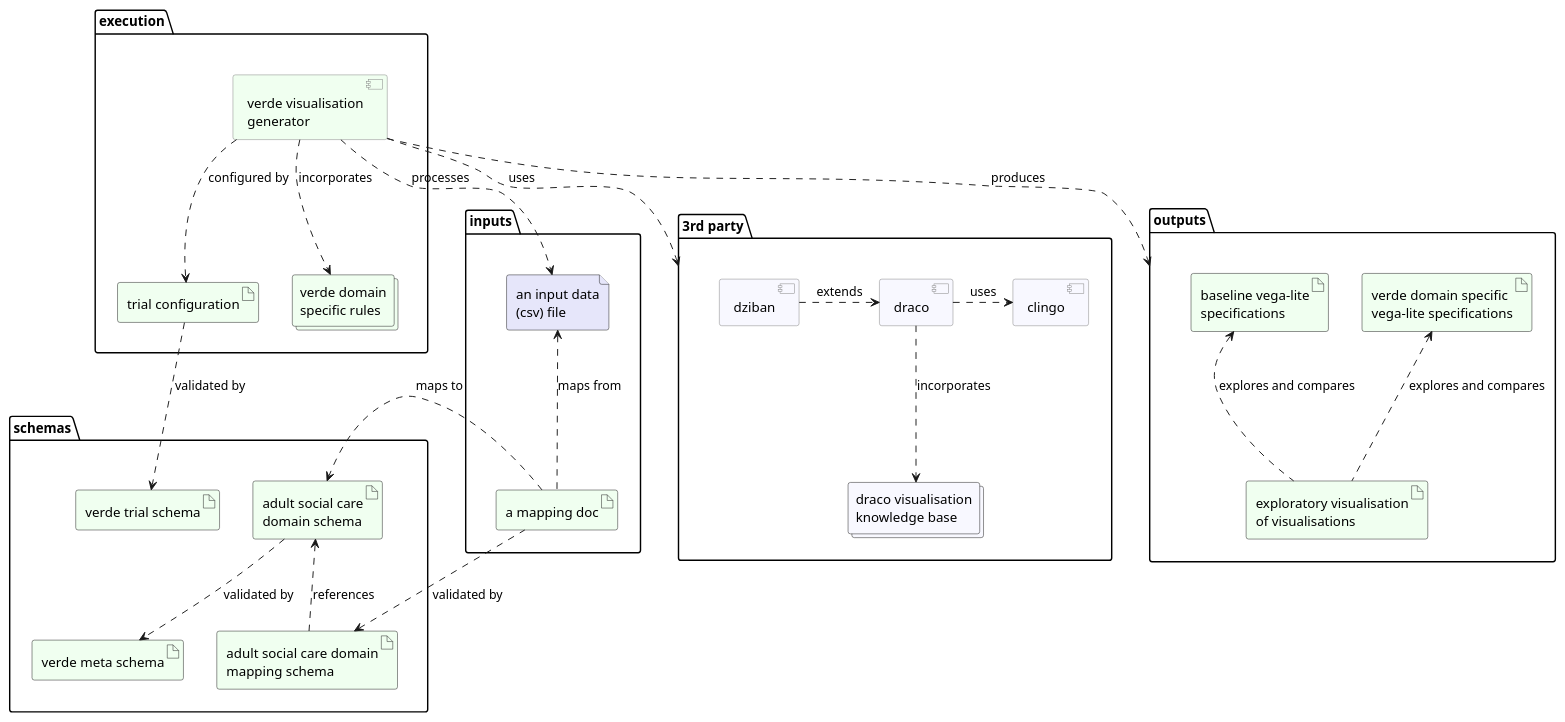
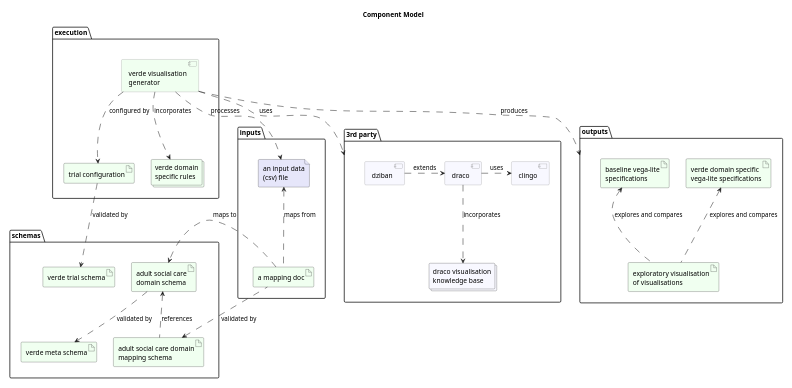
One commit to trubens71/verde changed the diagram in docs/uml/components.puml. Above: the diagram before and after it, drawn with PlantUML. The commit also changed 1 other file, not shown here.

```diff
--- a/docs/uml/components.puml
+++ b/docs/uml/components.puml
@@ -1,63 +1,65 @@
 @startuml
-
+scale 0.5
 skinparam shadowing false
 skinparam ComponentBorderColor gray
 allow_mixing
+
+title Component Model
 
 package "schemas" as schemas{
     artifact "verde trial schema" as trial_schema [[https://github.com/trubens71/verde/blob/master/schemas/verde_trial_schema.json]] #honeydew
     artifact "verde meta schema" as meta_schema [[https://github.com/trubens71/verde/blob/master/schemas/verde_meta_schema.json]] #honeydew
     artifact "adult social care\ndomain schema" as asc_domain_schema [[https://github.com/trubens71/verde/blob/master/schemas/verde_asc_domain_schema.json]] #honeydew
     artifact "adult social care domain\nmapping schema" as asc_mapping_schema [[https://github.com/trubens71/verde/blob/master/schemas/verde_asc_domain_mapping_schema.json]] #honeydew
 }
 
 package "inputs" as inputs {
     file "an input data\n(csv) file" as input_data [[https://github.com/trubens71/verde/blob/master/asc_data/processed/set_01/AFR_T41_region_tidy.csv]] #Lavender
     artifact "a mapping doc" as mapping_doc [[https://github.com/trubens71/verde/blob/master/asc_data/processed/set_01/AFR_T41_region_tidy_mapping.json]] #honeydew
 }
 
 package "outputs" as outputs {
     artifact "baseline vega-lite\nspecifications" as baseline_specs [[https://trubens71.github.io/verde/laboratory/trial_02_ut/regression/vegalite/trial_02_ut.exp_01_view_all_vl.html]] #honeydew
     artifact "verde domain specific\nvega-lite specifications" as verde_specs [[https://trubens71.github.io/verde/laboratory/trial_02_ut/regression/vegalite/trial_02_ut.exp_01_view_all_vl.html]] #honeydew
     artifact "exploratory visualisation\nof visualisations" as exploratory_vis [[https://trubens71.github.io/verde/laboratory/trial_03_ut/regression/vegalite/trial_03_ut.exp_01_view_compare.html]] #honeydew
 }
 
 package "execution" as execution {
     artifact "trial configuration" as trial_config [[https://github.com/trubens71/verde/blob/master/laboratory/example/trial.yaml]] #honeydew
     component [verde visualisation\ngenerator] as verde [[https://github.com/trubens71/verde/tree/master/src]] #honeydew
     collections "verde domain\nspecific rules" as verde_rules [[https://github.com/trubens71/verde/tree/master/asp/verde_rule_templates]] #honeydew
 }
 
 package "3rd party" as third_party {
     component [draco] as draco [[https://github.com/uwdata/draco]] #ghostwhite
     component [clingo] as clingo [[https://github.com/potassco/clingo]] #ghostwhite
     collections "draco visualisation\nknowledge base" as draco_kb [[https://github.com/trubens71/verde/tree/master/asp/draco_base]] #GhostWhite
     component [dziban] as dziban [[https://github.com/uwdata/dziban]] #ghostwhite
 }
 
 inputs .[hidden]d.> execution
 inputs .[hidden]r.> schemas
 execution .[hidden]r.> third_party
 execution .[hidden]d.> outputs
 
 asc_domain_schema .down.> meta_schema : validated by
 trial_config .down.> trial_schema : validated by
 mapping_doc .left.> asc_mapping_schema : validated by
 asc_mapping_schema .up.> asc_domain_schema : references
 mapping_doc ..> asc_domain_schema : maps to
 mapping_doc .up.> input_data : maps from
 
 verde ..> trial_config : configured by
 verde ..> verde_rules : incorporates
 verde ..> third_party : uses
 verde ..> input_data : processes
 verde ..> outputs : produces
 
 draco .r.> clingo : uses
 draco .d.> draco_kb : incorporates
 dziban .r.> draco : extends
 
 exploratory_vis .u.> baseline_specs :  explores and compares
 exploratory_vis .u.> verde_specs :  explores and compares
 
 @enduml
```
